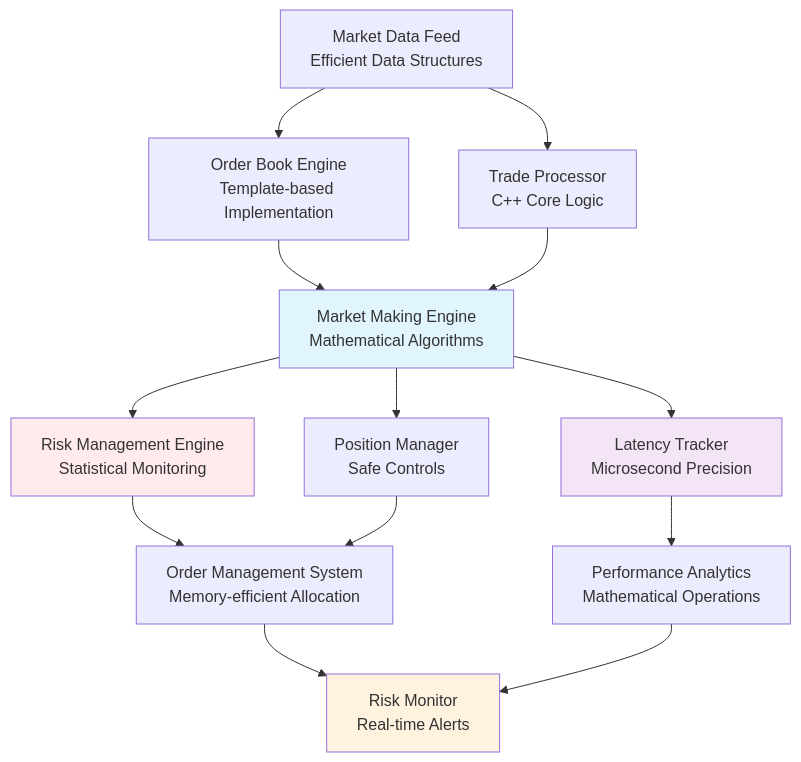
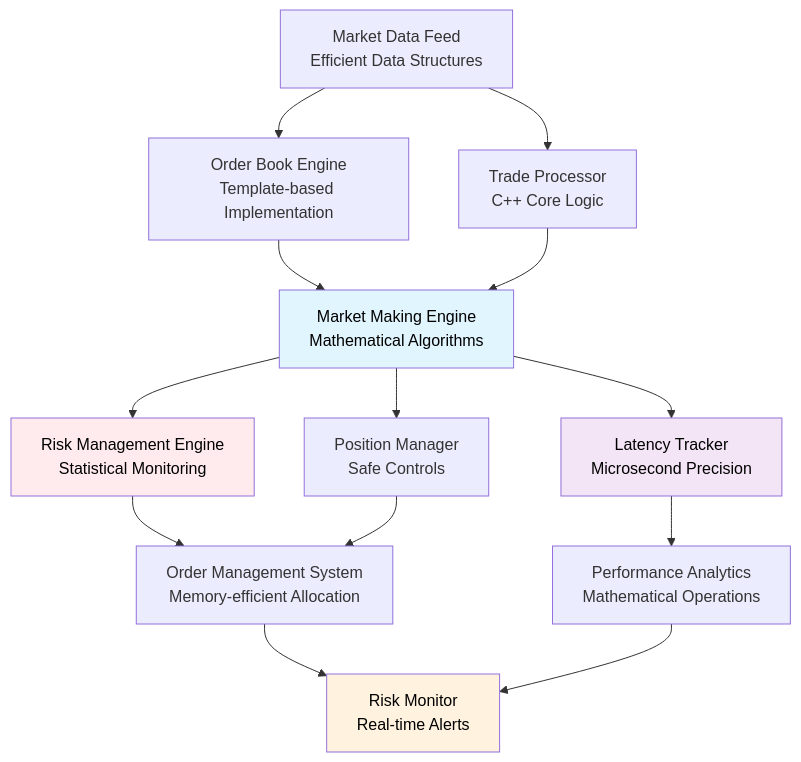
One commit to ethanbsung/HFT changed the diagram in README.md. Above: the diagram before and after it, drawn with Mermaid. The commit also changed other lines of this file, not shown here.

Commit message:
read me update

````diff
--- a/README.md
+++ b/README.md
@@ -21,24 +21,24 @@
 ```mermaid
 graph TB
     A[Market Data Feed<br/>Efficient Data Structures] --> B[Order Book Engine<br/>Template-based Implementation]
     A --> C[Trade Processor<br/>C++ Core Logic]
     
     B --> D[Market Making Engine<br/>Mathematical Algorithms]
     C --> D
     
     D --> E[Risk Management Engine<br/>Statistical Monitoring]
     D --> F[Latency Tracker<br/>Microsecond Precision]
     D --> G[Position Manager<br/>Safe Controls]
     
     E --> H[Order Management System<br/>Memory-efficient Allocation]
     F --> I[Performance Analytics<br/>Mathematical Operations]
     G --> H
     
     H --> J[Risk Monitor<br/>Real-time Alerts]
     I --> J
     
-    style D fill:#e1f5fe
-    style E fill:#ffebee
-    style F fill:#f3e5f5
-    style J fill:#fff3e0
+    style D fill:#e1f5fe,color:#000
+    style E fill:#ffebee,color:#000
+    style F fill:#f3e5f5,color:#000
+    style J fill:#fff3e0,color:#000
 ```
````
